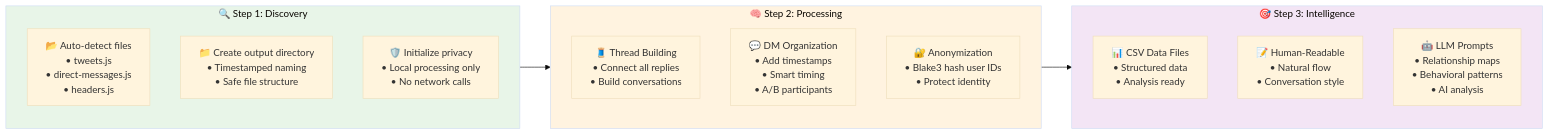
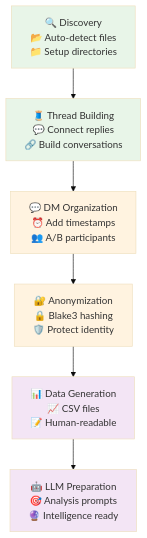
One commit to that-in-rust/tweet-scrolls changed the second of 5 diagrams in ReadMe.md. Above: the diagram before and after it, drawn with Mermaid (base theme). The commit also changed other lines of this file, not shown here.

````diff
--- a/ReadMe.md
+++ b/ReadMe.md
@@ -76,27 +84,22 @@
 ```mermaid
-flowchart LR
-    subgraph Step1 ["🔍 Step 1: Discovery"]
-        A1["📂 Auto-detect files<br/>• tweets.js<br/>• direct-messages.js<br/>• headers.js"]
-        A2["📁 Create output directory<br/>• Timestamped naming<br/>• Safe file structure"]
-        A3["🛡️ Initialize privacy<br/>• Local processing only<br/>• No network calls"]
-    end
+flowchart TD
+    A1["🔍 Discovery<br/>📂 Auto-detect files<br/>📁 Setup directories"]
+    A2["🧵 Thread Building<br/>💬 Connect replies<br/>🔗 Build conversations"]
+    A3["💬 DM Organization<br/>⏰ Add timestamps<br/>👥 A/B participants"]
+    A4["🔐 Anonymization<br/>🔒 Blake3 hashing<br/>🛡️ Protect identity"]
+    A5["📊 Data Generation<br/>📈 CSV files<br/>📝 Human-readable"]
+    A6["🤖 LLM Preparation<br/>🎯 Analysis prompts<br/>🔮 Intelligence ready"]
     
-    subgraph Step2 ["🧠 Step 2: Processing"]
-        B1["🧵 Thread Building<br/>• Connect all replies<br/>• Build conversations"]
-        B2["💬 DM Organization<br/>• Add timestamps<br/>• Smart timing<br/>• A/B participants"]
-        B3["🔐 Anonymization<br/>• Blake3 hash user IDs<br/>• Protect identity"]
-    end
+    A1 --> A2
+    A2 --> A3
+    A3 --> A4
+    A4 --> A5
+    A5 --> A6
     
-    subgraph Step3 ["🎯 Step 3: Intelligence"]
-        C1["📊 CSV Data Files<br/>• Structured data<br/>• Analysis ready"]
-        C2["📝 Human-Readable<br/>• Natural flow<br/>• Conversation style"]
-        C3["🤖 LLM Prompts<br/>• Relationship maps<br/>• Behavioral patterns<br/>• AI analysis"]
-    end
-    
-    Step1 --> Step2
-    Step2 --> Step3
-    
-    style Step1 fill:#e8f5e8
-    style Step2 fill:#fff3e0
-    style Step3 fill:#f3e5f5
+    style A1 fill:#e8f5e8
+    style A2 fill:#e8f5e8  
+    style A3 fill:#fff3e0
+    style A4 fill:#fff3e0
+    style A5 fill:#f3e5f5
+    style A6 fill:#f3e5f5
 ```
````
